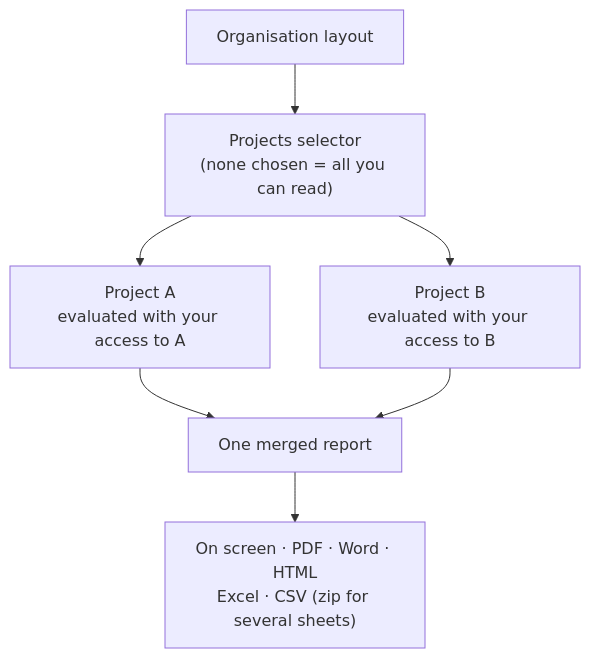
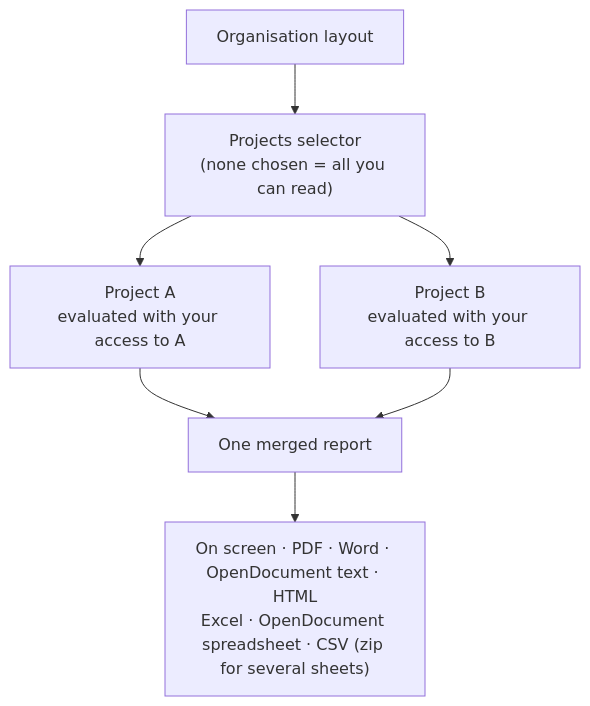
The fifth of 7 diagrams in docs/website/docs/core-features/reports-and-export.md (ballardr/reqtrackmanager), drawn with Mermaid before and after one commit. The commit also changed other lines of this file and 23 other files, not shown here.

````diff
--- a/docs/website/docs/core-features/reports-and-export.md
+++ b/docs/website/docs/core-features/reports-and-export.md
@@ -160,9 +160,9 @@
 ```mermaid
 flowchart TD
     L["Organisation layout"] --> S["Projects selector<br/>(none chosen = all you can read)"]
     S --> A["Project A<br/>evaluated with your access to A"]
     S --> B["Project B<br/>evaluated with your access to B"]
     A --> M["One merged report"]
     B --> M
-    M --> O["On screen · PDF · Word · HTML<br/>Excel · CSV (zip for several sheets)"]
+    M --> O["On screen · PDF · Word · OpenDocument text · HTML<br/>Excel · OpenDocument spreadsheet · CSV (zip for several sheets)"]
 ```
````
